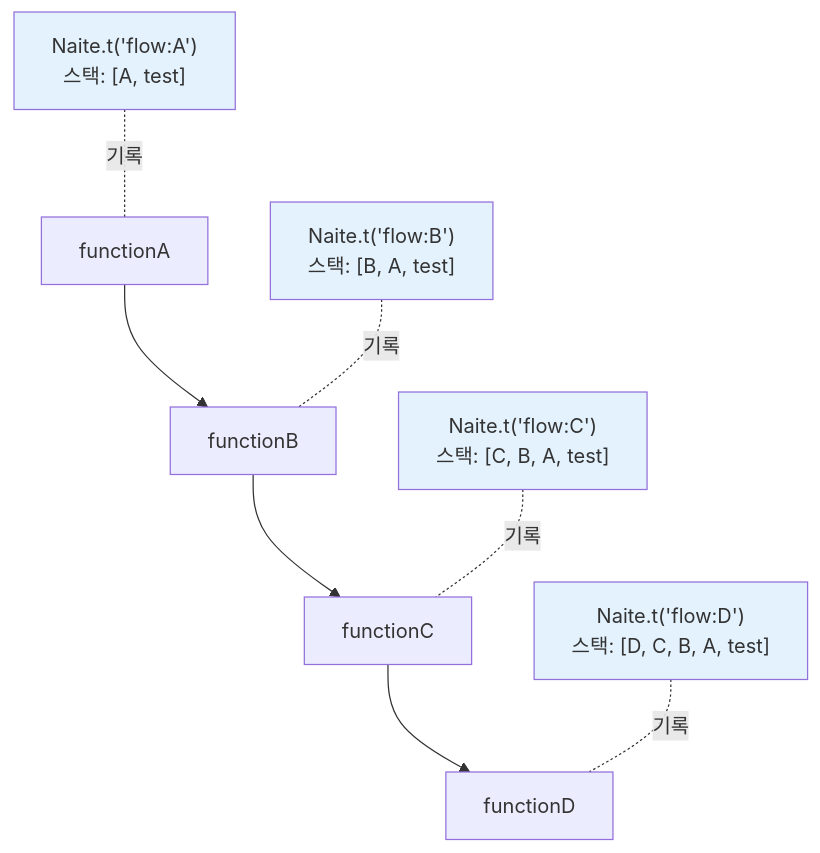
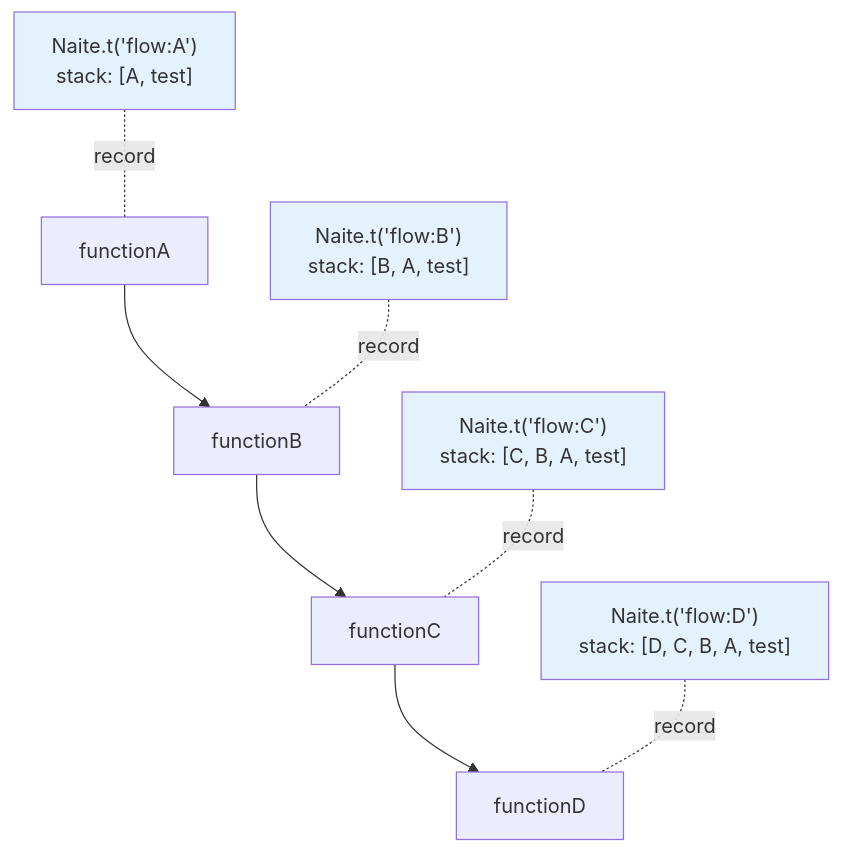
Before and after one commit to cartanova-ai/sonamu: the diagram in modules/docs/en/testing/naite/debugging-tests.mdx, drawn with Mermaid. The commit also changed other lines of this file and 86 other files, not shown here.

````diff
--- a/modules/docs/en/testing/naite/debugging-tests.mdx
+++ b/modules/docs/en/testing/naite/debugging-tests.mdx
@@ -413,16 +413,16 @@
 ```mermaid
 graph TD
     A[functionA] --> B[functionB]
     B --> C[functionC]
     C --> D[functionD]
-    
-    A1["Naite.t('flow:A')<br/>스택: [A, test]"] -. 기록 .- A
-    B1["Naite.t('flow:B')<br/>스택: [B, A, test]"] -. 기록 .- B
-    C1["Naite.t('flow:C')<br/>스택: [C, B, A, test]"] -. 기록 .- C
-    D1["Naite.t('flow:D')<br/>스택: [D, C, B, A, test]"] -. 기록 .- D
-    
+
+    A1["Naite.t('flow:A')<br/>stack: [A, test]"] -. record .- A
+    B1["Naite.t('flow:B')<br/>stack: [B, A, test]"] -. record .- B
+    C1["Naite.t('flow:C')<br/>stack: [C, B, A, test]"] -. record .- C
+    D1["Naite.t('flow:D')<br/>stack: [D, C, B, A, test]"] -. record .- D
+
     style A1 fill:#e3f2fd
     style B1 fill:#e3f2fd
     style C1 fill:#e3f2fd
     style D1 fill:#e3f2fd
 ```
````
